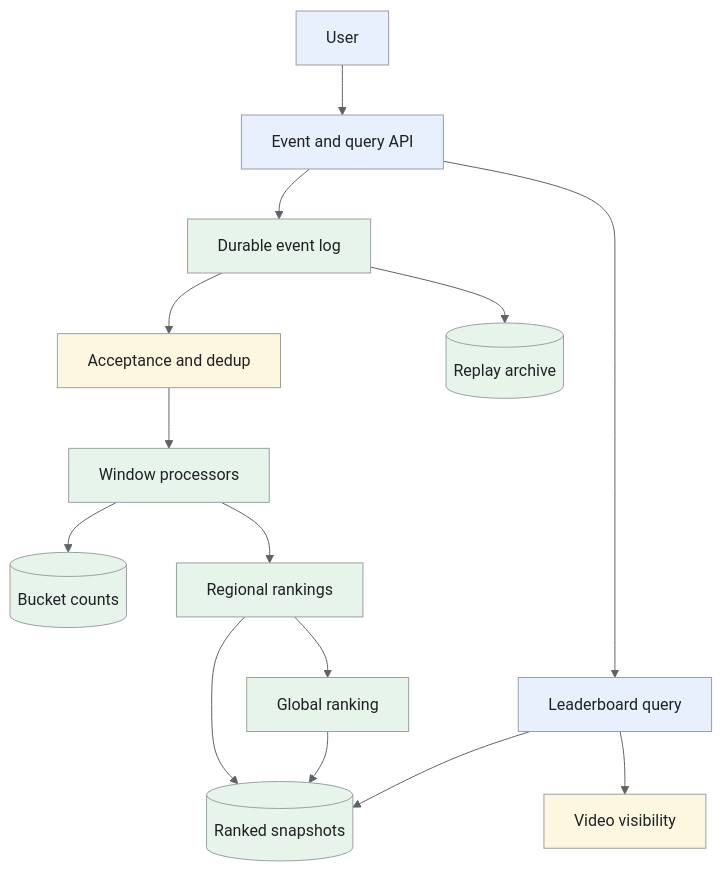
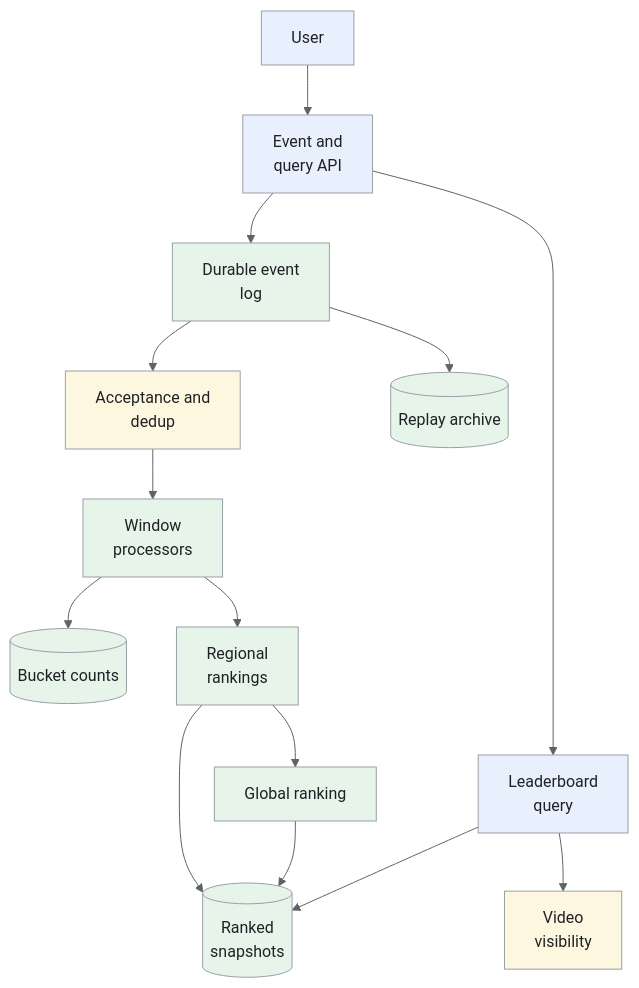
The first of 5 diagrams in _designs/system-design-youtube.md (iliazlobin/iliazlobin.github.io), drawn with Mermaid before and after one commit. The commit also changed other lines of this file and 116 other files, not shown here.

````diff
--- a/_designs/system-design-youtube.md
+++ b/_designs/system-design-youtube.md
@@ -136,24 +136,24 @@
 ```mermaid
-%%{init: {'theme':'base','themeVariables':{'primaryColor':'#e8f0fe','primaryTextColor':'#202124','primaryBorderColor':'#9aa0a6','lineColor':'#5f6368','secondaryColor':'#e6f4ea','tertiaryColor':'#fef7e0','actorBkg':'#e8f0fe','actorBorder':'#9aa0a6','actorTextColor':'#202124','noteBkgColor':'#fef7e0','noteTextColor':'#202124','noteBorderColor':'#9aa0a6','signalColor':'#5f6368','signalTextColor':'#202124','labelBoxBkgColor':'#fef7e0','labelBoxBorderColor':'#9aa0a6'}}}%%
+%%{init: {"theme":"base","themeVariables":{"primaryColor":"#e8f0fe","primaryBorderColor":"#9aa0a6","primaryTextColor":"#202124","secondaryColor":"#e6f4ea","tertiaryColor":"#fef7e0","lineColor":"#5f6368","actorBkg":"#e8f0fe","actorBorder":"#9aa0a6","actorTextColor":"#202124","noteBkgColor":"#fef7e0","noteBorderColor":"#9aa0a6","noteTextColor":"#202124","signalColor":"#5f6368","signalTextColor":"#202124"}}}%%
 flowchart TB
-  U["User"] --> API["Event and query API"]
-  API --> E["Durable event log"]
-  E --> V["Acceptance and dedup"]
-  V --> W["Window processors"]
+  U["User"] --> API["Event and<br>query API"]
+  API --> E["Durable event<br>log"]
+  E --> V["Acceptance and<br>dedup"]
+  V --> W["Window<br>processors"]
   W --> C[("Bucket counts")]
-  W --> R["Regional rankings"]
+  W --> R["Regional<br>rankings"]
   R --> G["Global ranking"]
-  R --> S[("Ranked snapshots")]
+  R --> S[("Ranked<br>snapshots")]
   G --> S
-  API --> Q["Leaderboard query"]
+  API --> Q["Leaderboard<br>query"]
   Q --> S
-  Q --> M["Video visibility"]
+  Q --> M["Video<br>visibility"]
   E --> O[("Replay archive")]
 classDef request fill:#e8f0fe,stroke:#9aa0a6,color:#202124;
 classDef data fill:#e6f4ea,stroke:#9aa0a6,color:#202124;
 classDef control fill:#fef7e0,stroke:#9aa0a6,color:#202124;
 class U,API,Q request;
 class E,W,C,R,G,S,O data;
 class V,M control;
 
 ```
````
